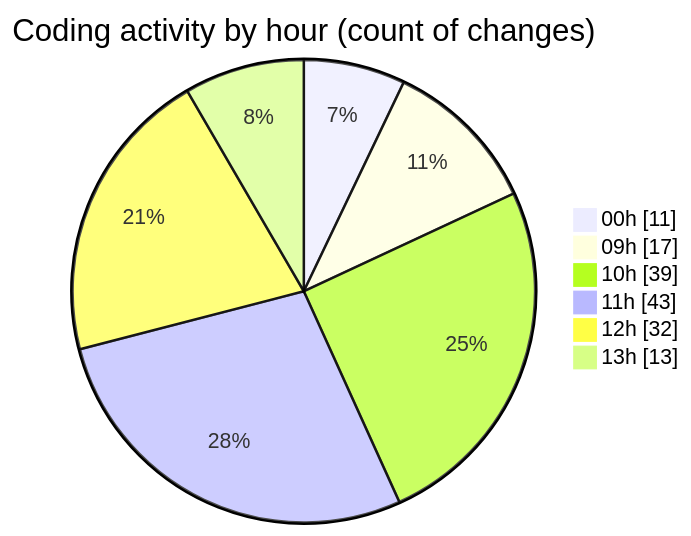
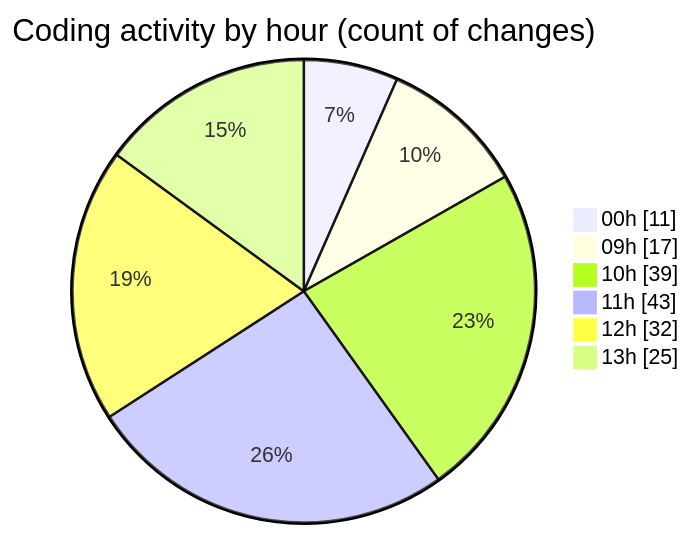
Before and after one commit to momahboobian/code-tracking: the second of 2 diagrams in 2026-09-02/cda/README.md, drawn with Mermaid. The commit also changed other lines of this file and 1 other file, not shown here.

````diff
--- a/2026-09-02/cda/README.md
+++ b/2026-09-02/cda/README.md
@@ -39,10 +45,10 @@
 ```mermaid
 pie showData
 title Coding activity by hour (count of changes)
 "00h" : 11
 "09h" : 17
 "10h" : 39
 "11h" : 43
 "12h" : 32
-"13h" : 13
+"13h" : 25
 ```
````
